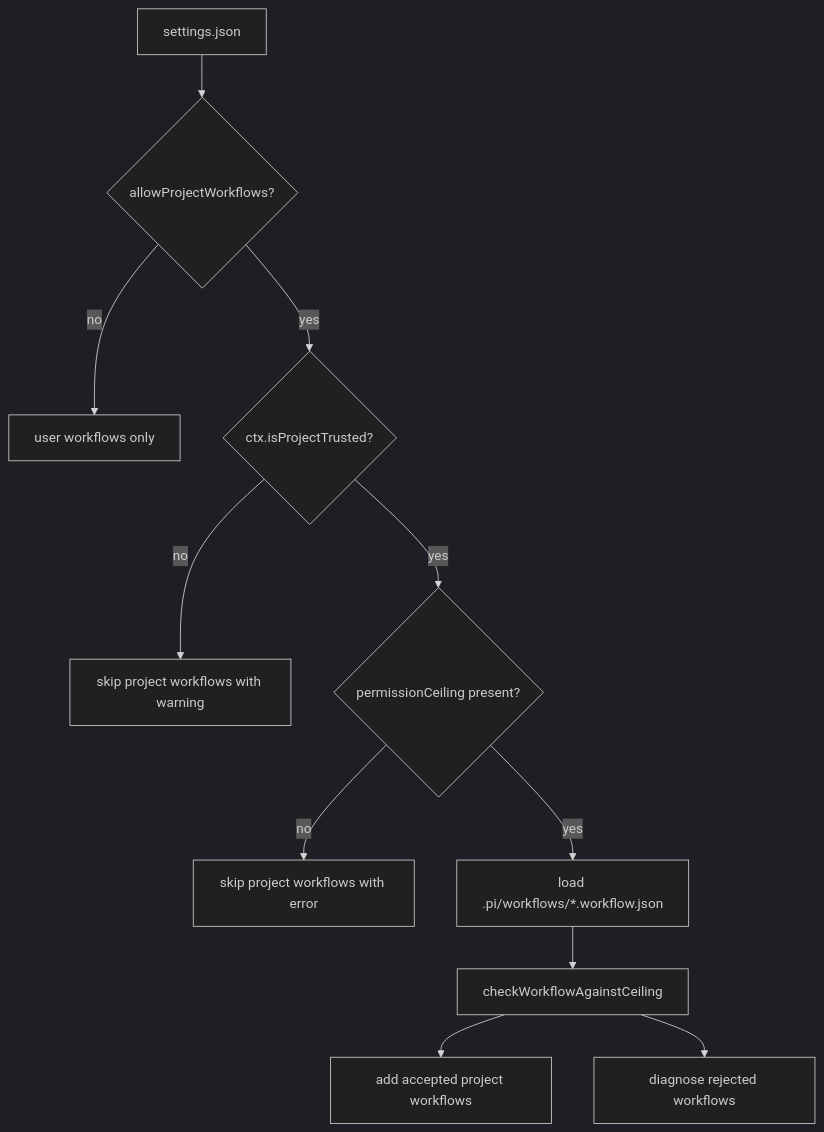
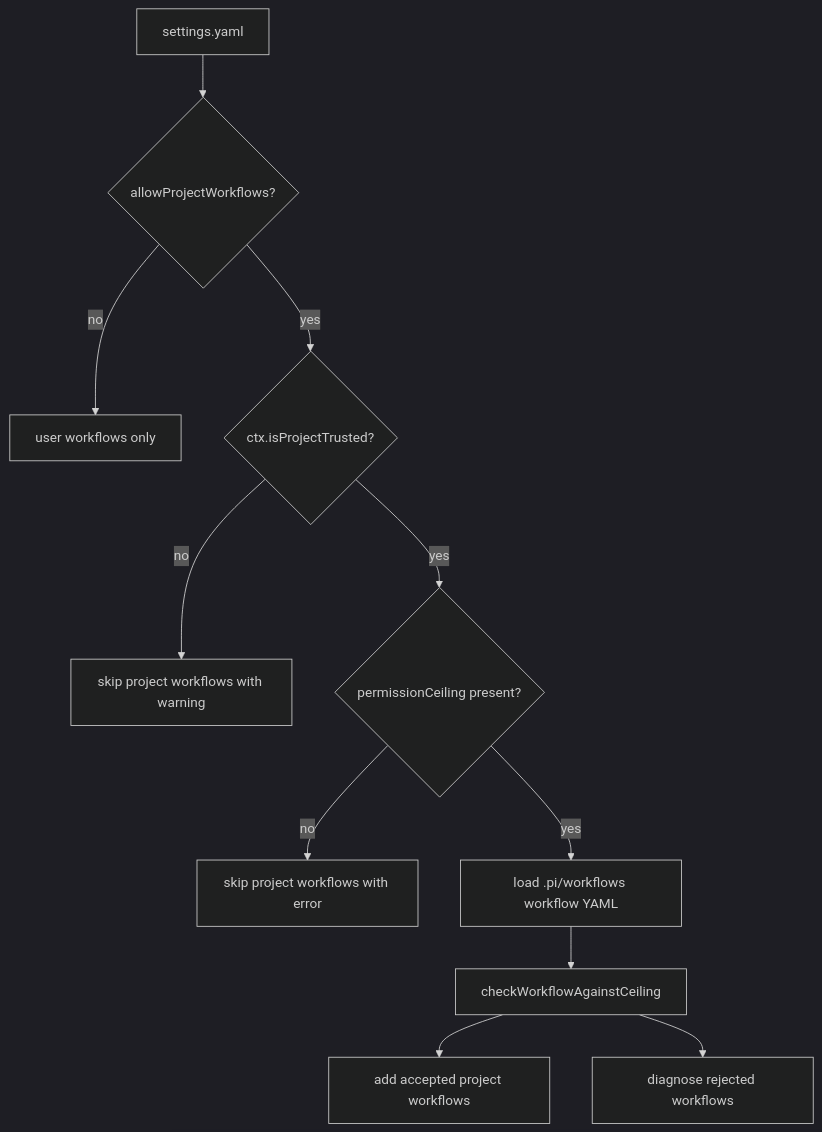
Before and after one commit to wichayutdew/pi-workflows: the second of 5 diagrams in openwiki/authoring/settings-and-project-workflows.md, drawn with Mermaid (dark theme). The commit also changed other lines of this file and 84 other files, not shown here.

````diff
--- a/openwiki/authoring/settings-and-project-workflows.md
+++ b/openwiki/authoring/settings-and-project-workflows.md
@@ -21,13 +21,13 @@
 ```mermaid
 flowchart TD
-  Settings[settings.json] --> Enabled{allowProjectWorkflows?}
+  Settings[settings.yaml] --> Enabled{allowProjectWorkflows?}
   Enabled -- no --> UserOnly[user workflows only]
   Enabled -- yes --> Trusted{ctx.isProjectTrusted?}
   Trusted -- no --> SkipWarn[skip project workflows with warning]
   Trusted -- yes --> Ceiling{permissionCeiling present?}
   Ceiling -- no --> SkipError[skip project workflows with error]
-  Ceiling -- yes --> ProjectFiles[load .pi/workflows/*.workflow.json]
+  Ceiling -- yes --> ProjectFiles[load .pi/workflows workflow YAML]
   ProjectFiles --> CeilingCheck[checkWorkflowAgainstCeiling]
   CeilingCheck --> Accepted[add accepted project workflows]
   CeilingCheck --> Rejected[diagnose rejected workflows]
 ```
````
